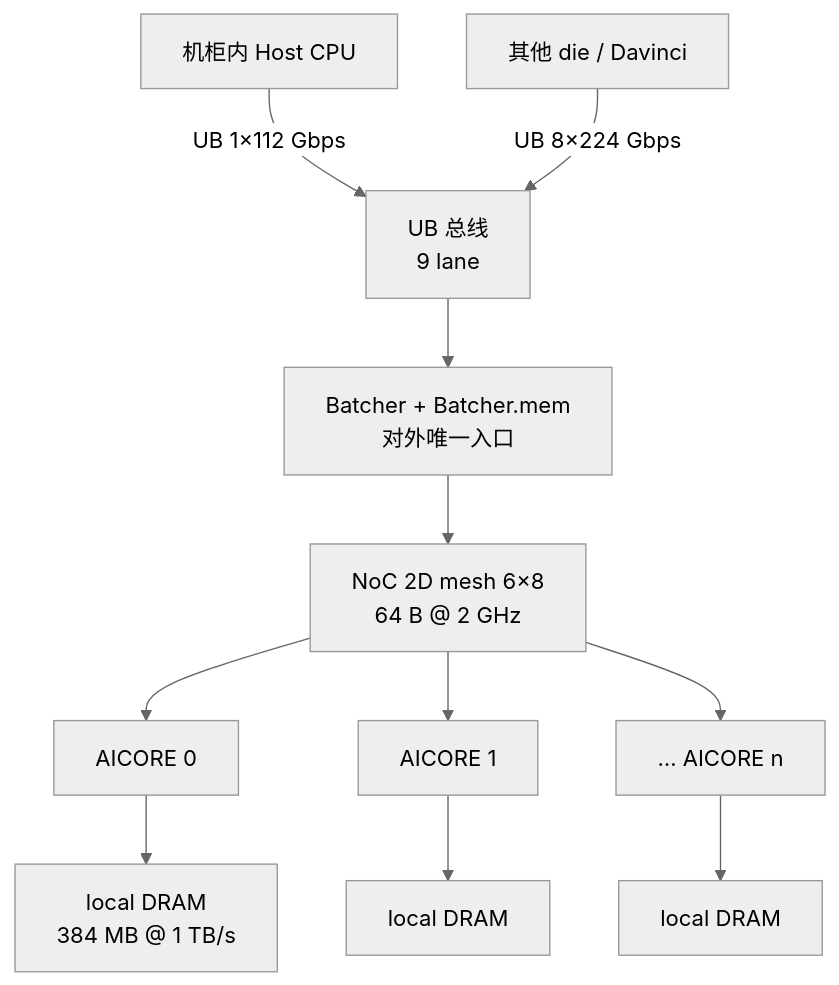
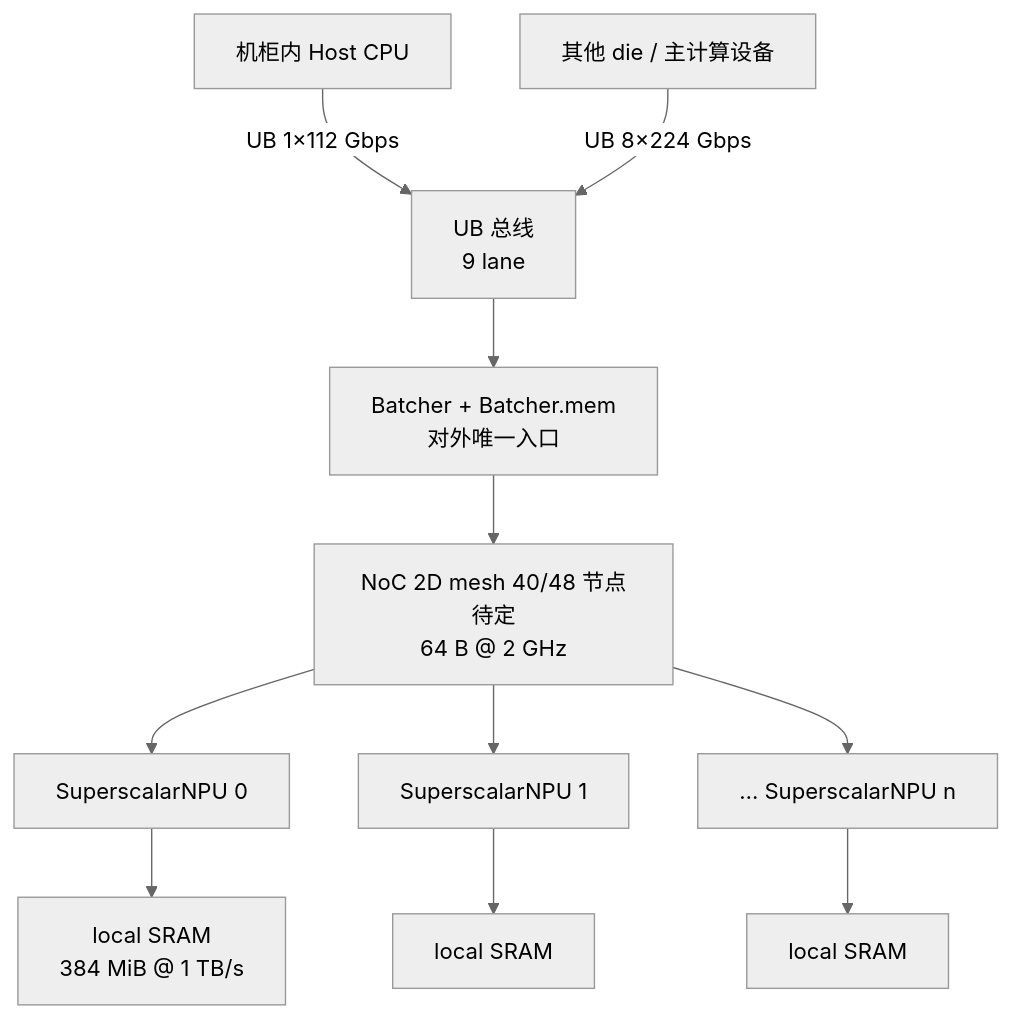
Before and after one commit to PTO-ISA/wse-model: the second of 12 diagrams in docs/design/wse-system-architecture-whitepaper.md, drawn with Mermaid (neutral theme). The commit also changed other lines of this file and 9 other files, not shown here.

First line of the commit message:
docs: define SuperscalarNPU cores, local SRAM and router interfaces for WSE (#4)

````diff
--- a/docs/design/wse-system-architecture-whitepaper.md
+++ b/docs/design/wse-system-architecture-whitepaper.md
@@ -95,13 +97,13 @@
 ```mermaid
 flowchart TD
   HOST[机柜内 Host CPU] -->|UB 1×112 Gbps| UBN[UB 总线<br/>9 lane]
-  PEER[其他 die / Davinci] -->|UB 8×224 Gbps| UBN
+  PEER[其他 die / 主计算设备] -->|UB 8×224 Gbps| UBN
   UBN --> BAT[Batcher + Batcher.mem<br/>对外唯一入口]
-  BAT --> NOC[NoC 2D mesh 6×8<br/>64 B @ 2 GHz]
-  NOC --> C0[AICORE 0]
-  NOC --> C1[AICORE 1]
-  NOC --> CN[… AICORE n]
-  C0 --> M0[local DRAM<br/>384 MB @ 1 TB/s]
-  C1 --> M1[local DRAM]
-  CN --> MN[local DRAM]
+  BAT --> NOC[NoC 2D mesh 40/48 节点待定<br/>64 B @ 2 GHz]
+  NOC --> C0[SuperscalarNPU 0]
+  NOC --> C1[SuperscalarNPU 1]
+  NOC --> CN[… SuperscalarNPU n]
+  C0 --> M0[local SRAM<br/>384 MiB @ 1 TB/s]
+  C1 --> M1[local SRAM]
+  CN --> MN[local SRAM]
 ```
````
